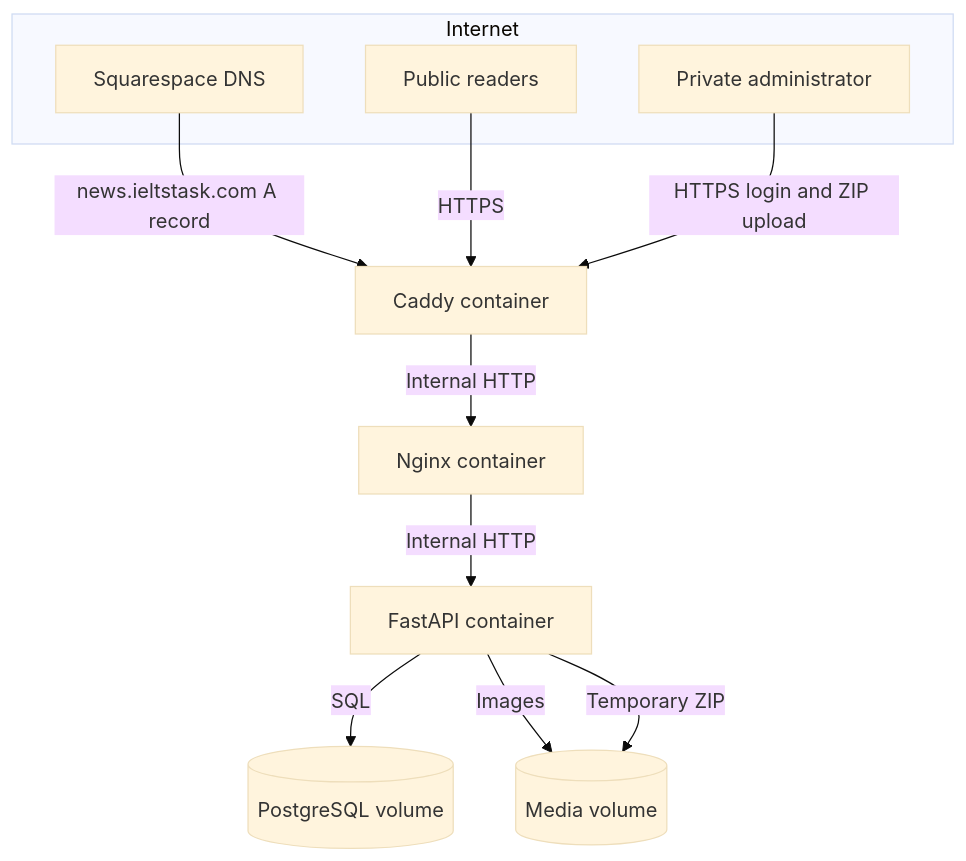
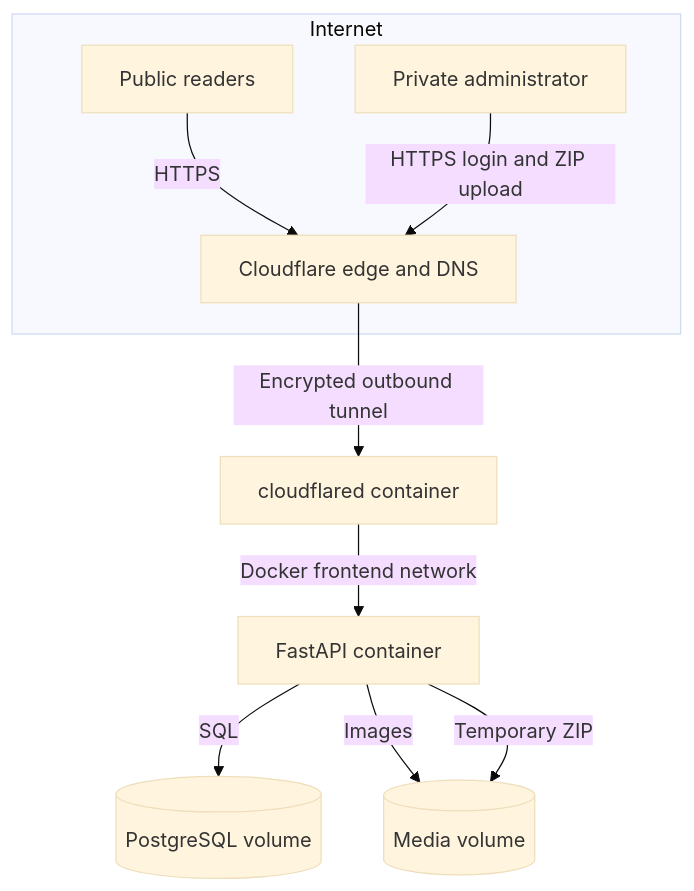
One commit to psainaveen12/NewsWebsite changed the diagram in docs/full-e2e-architecture.md. Above: the diagram before and after it, drawn with Mermaid (base theme). The commit also changed other lines of this file and 13 other files, not shown here.

Commit message:
Replace proxy containers with Cloudflare Tunnel

````diff
--- a/docs/full-e2e-architecture.md
+++ b/docs/full-e2e-architecture.md
@@ -7,16 +7,15 @@
 ```mermaid
 flowchart TB
   subgraph Internet
     U[Public readers]
     N[Private administrator]
-    D[Squarespace DNS]
+    C[Cloudflare edge and DNS]
   end
-  D -->|news.ieltstask.com A record| C
-  U -->|HTTPS| C[Caddy container]
+  U -->|HTTPS| C
   N -->|HTTPS login and ZIP upload| C
-  C -->|Internal HTTP| NG[Nginx container]
-  NG -->|Internal HTTP| API[FastAPI container]
+  C -->|Encrypted outbound tunnel| T[cloudflared container]
+  T -->|Docker frontend network| API[FastAPI container]
   API -->|SQL| DB[(PostgreSQL volume)]
   API -->|Images| MEDIA[(Media volume)]
   API -->|Temporary ZIP| MEDIA
 ```
````
